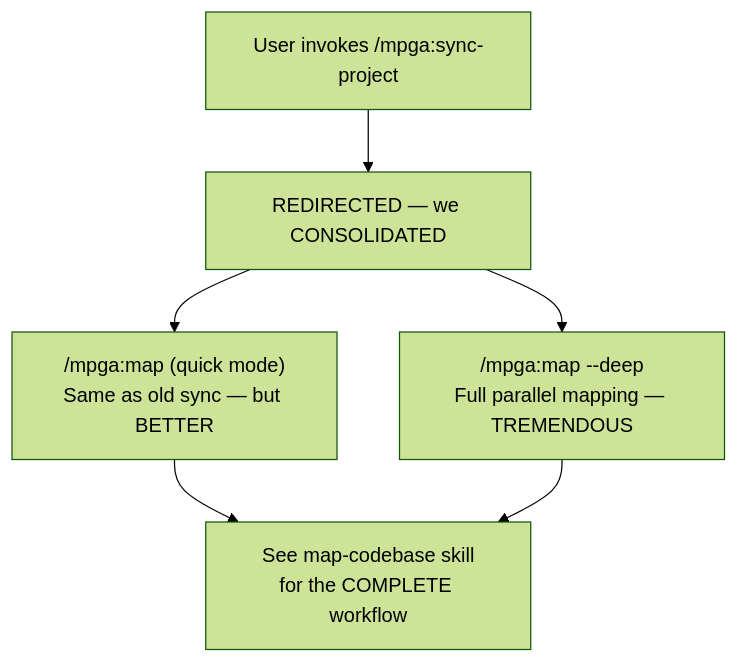
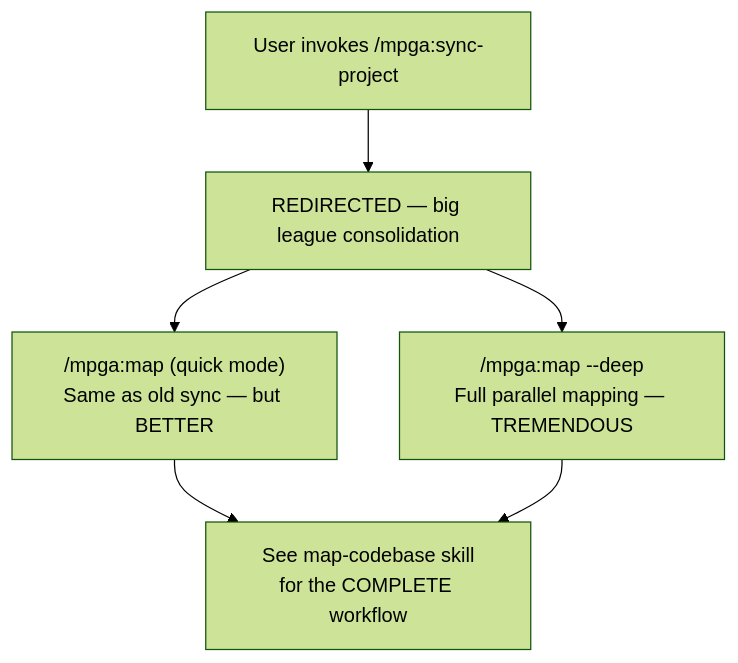
Before and after one commit to benrben/MPGA: the diagram in docs/diagrams/skills/sync-project.md, drawn with Mermaid (forest theme). The commit also changed other lines of this file and 80 other files, not shown here.

````diff
--- a/docs/diagrams/skills/sync-project.md
+++ b/docs/diagrams/skills/sync-project.md
@@ -5,9 +5,9 @@
 ```mermaid
 flowchart TD
-    A[User invokes /mpga:sync-project] --> B[REDIRECTED — we CONSOLIDATED]
+    A[User invokes /mpga:sync-project] --> B[REDIRECTED — big league consolidation]
     B --> C["/mpga:map (quick mode)\nSame as old sync — but BETTER"]
     B --> D["/mpga:map --deep\nFull parallel mapping — TREMENDOUS"]
 
     C --> E["See map-codebase skill\nfor the COMPLETE workflow"]
     D --> E
 ```
````
